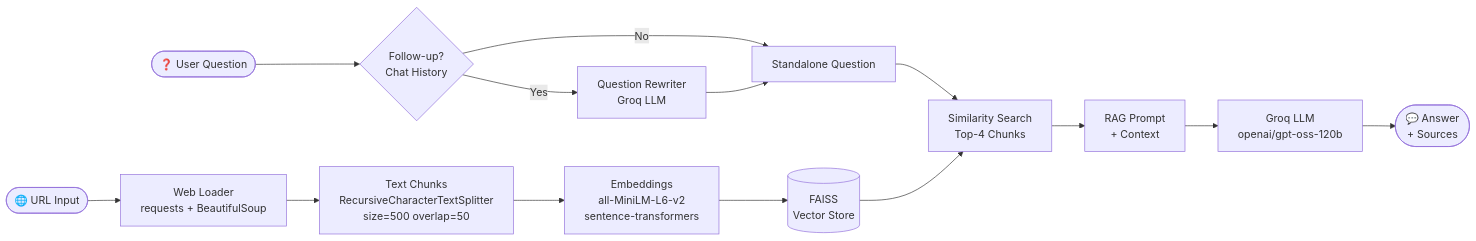
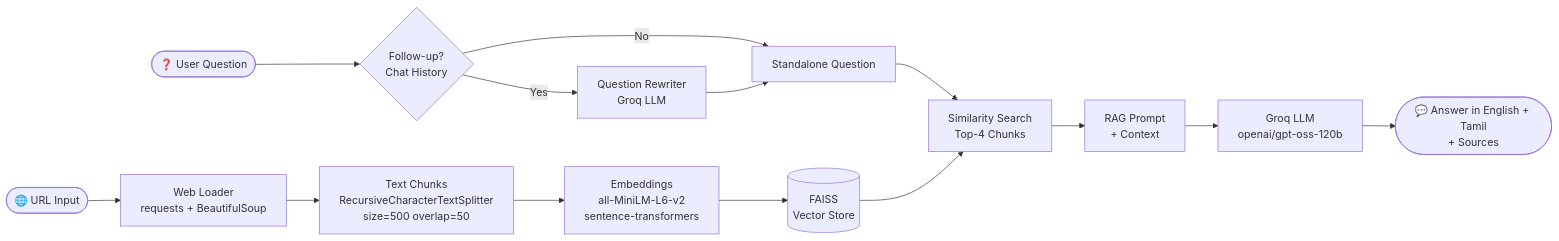
Before and after one commit to ABINAYAKRISHNA0802/doc_bot: the diagram in README.md, drawn with Mermaid. The commit also changed other lines of this file, not shown here.

Commit message:
docs: update README with live URL and English UI

````diff
--- a/README.md
+++ b/README.md
@@ -11,16 +11,16 @@
 ```mermaid
 flowchart LR
     A([🌐 URL Input]) --> B[Web Loader\nrequests + BeautifulSoup]
     B --> C[Text Chunks\nRecursiveCharacterTextSplitter\nsize=500 overlap=50]
     C --> D[Embeddings\nall-MiniLM-L6-v2\nsentence-transformers]
     D --> E[(FAISS\nVector Store)]
     F([❓ User Question]) --> G{Follow-up?\nChat History}
     G -->|Yes| H[Question Rewriter\nGroq LLM]
     G -->|No| I[Standalone Question]
     H --> I
     I --> J[Similarity Search\nTop-4 Chunks]
     E --> J
     J --> K[RAG Prompt\n+ Context]
     K --> L[Groq LLM\nopenai/gpt-oss-120b]
-    L --> M([💬 Answer\n+ Sources])
+    L --> M([💬 Answer in English + Tamil\n+ Sources])
 ```
````
